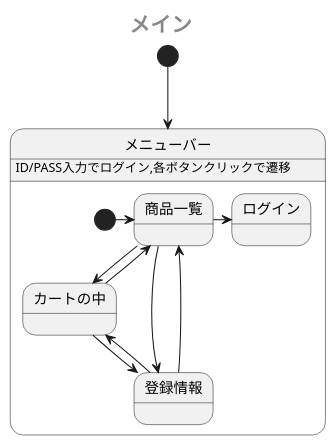
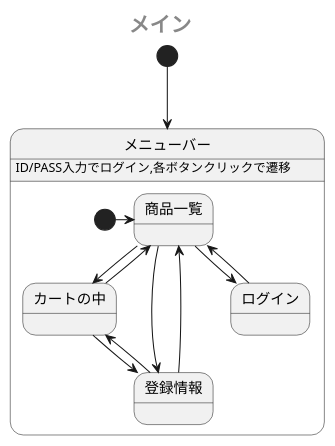
Before and after one commit to Aso2001385/2021sys-design: the first of 2 diagrams in sample/StateMachine.md, drawn with PlantUML.

````diff
--- a/sample/StateMachine.md
+++ b/sample/StateMachine.md
@@ -1,22 +1,23 @@
 ```uml
 @startuml
  center header <size:20><b>メイン</b></size>
  [*] --> メニューバー
  state メニューバー {
    メニューバー: ID/PASS入力でログイン,各ボタンクリックで遷移
    [*] -> 商品一覧
    商品一覧 -down-> カートの中
-   商品一覧 -right-> ログイン
+   商品一覧 --> ログイン
+   ログイン --> 商品一覧
    カートの中 -up-> 商品一覧
    カートの中 -down-> 登録情報
    登録情報 -up-> カートの中
    商品一覧 -right-> 登録情報
    商品一覧 -[hidden]> 登録情報
    登録情報 -left-> 商品一覧
    登録情報 -[hidden]> 商品一覧
    
 
  }
  
 @enduml
 ```
````
